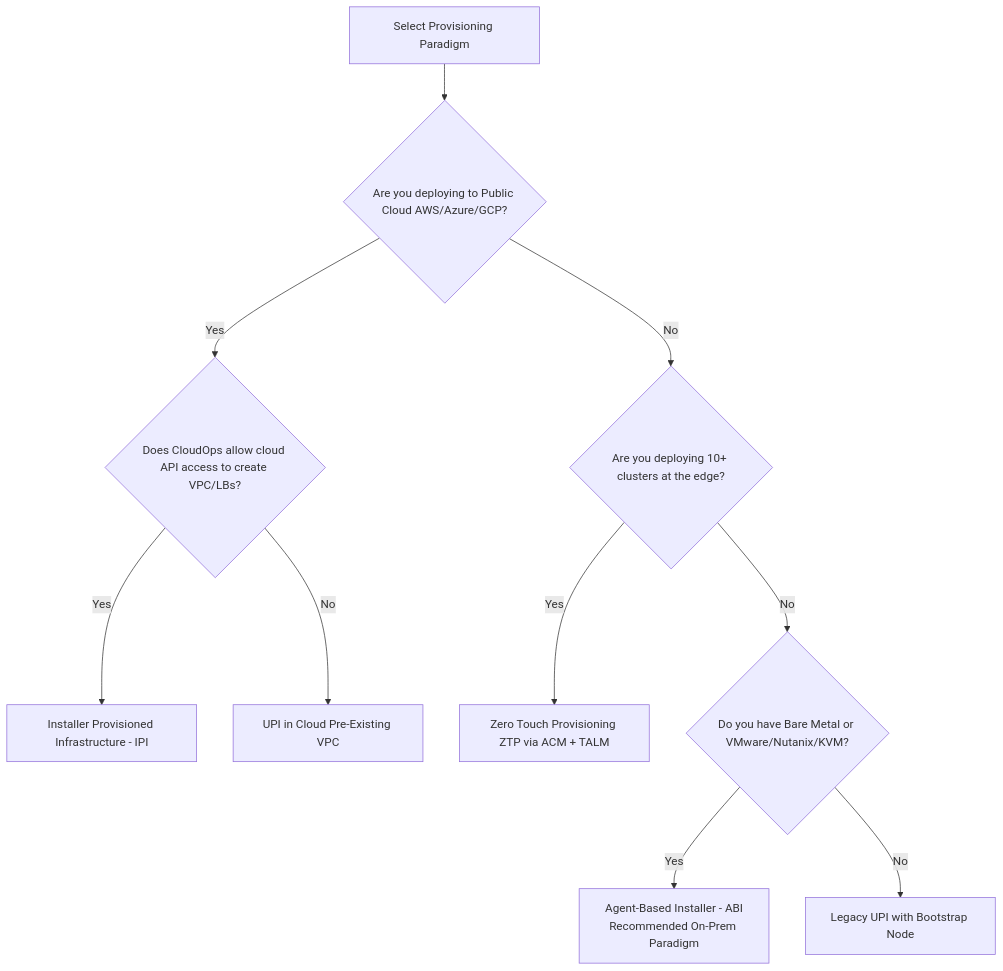
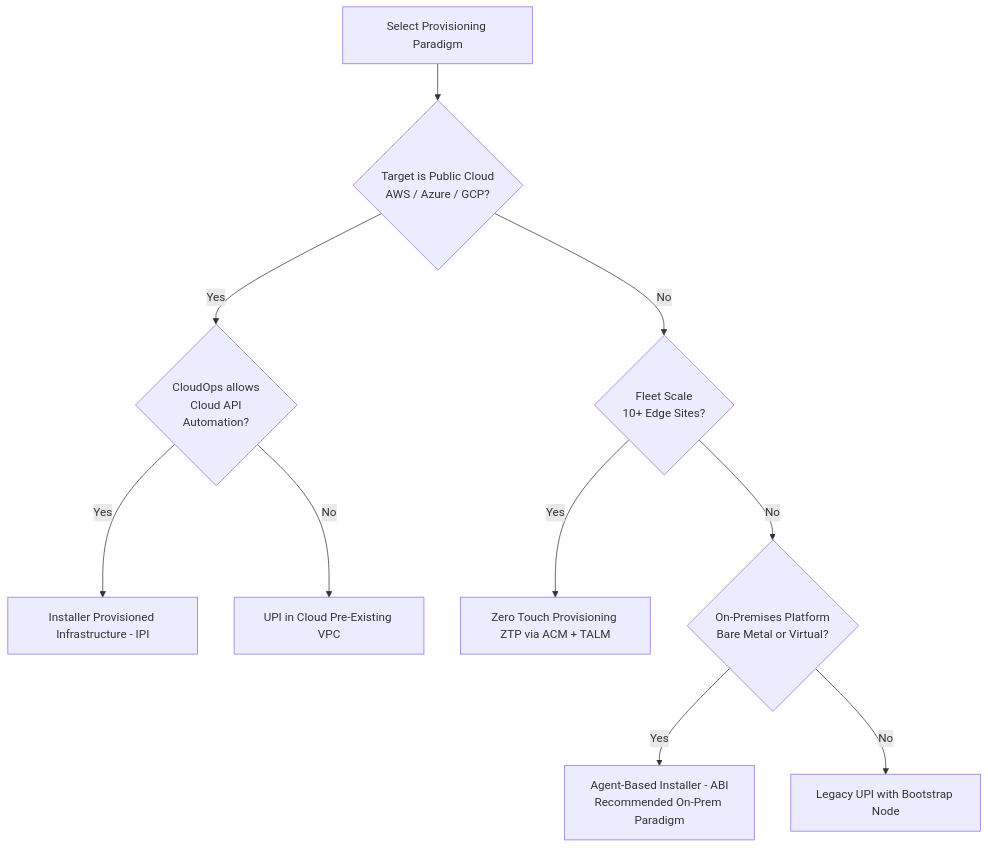
One commit to nubenetes/openshift-4-20-installation-day0-day2 changed the diagram in docs/02-provisioning-paradigms/README.md. Above: the diagram before and after it, drawn with Mermaid. The commit also changed 5 other files, not shown here.

Commit message:
style: optimize Mermaid decision tree and diagram node formatting across docs

````diff
--- a/docs/02-provisioning-paradigms/README.md
+++ b/docs/02-provisioning-paradigms/README.md
@@ -22,13 +22,13 @@
 ```mermaid
 flowchart TD
-    Start[Select Provisioning Paradigm] --> Q1{Are you deploying to Public Cloud AWS/Azure/GCP?}
-    Q1 -- Yes --> Q1A{Does CloudOps allow cloud API access to create VPC/LBs?}
+    Start[Select Provisioning Paradigm] --> Q1{"Target is Public Cloud<br/>AWS / Azure / GCP?"}
+    Q1 -- Yes --> Q1A{"CloudOps allows<br/>Cloud API<br/>Automation?"}
     Q1A -- Yes --> IPI[Installer Provisioned Infrastructure - IPI]
     Q1A -- No --> UPICloud[UPI in Cloud Pre-Existing VPC]
 
-    Q1 -- No --> Q2{Are you deploying 10+ clusters at the edge?}
+    Q1 -- No --> Q2{"Fleet Scale<br/>10+ Edge Sites?"}
     Q2 -- Yes --> ZTP[Zero Touch Provisioning ZTP via ACM + TALM]
-    Q2 -- No --> Q3{Do you have Bare Metal or VMware/Nutanix/KVM?}
+    Q2 -- No --> Q3{"On-Premises Platform<br/>Bare Metal or Virtual?"}
     Q3 -- Yes --> ABI[Agent-Based Installer - ABI<br/>Recommended On-Prem Paradigm]
     Q3 -- No --> UPI[Legacy UPI with Bootstrap Node]
 ```
````
